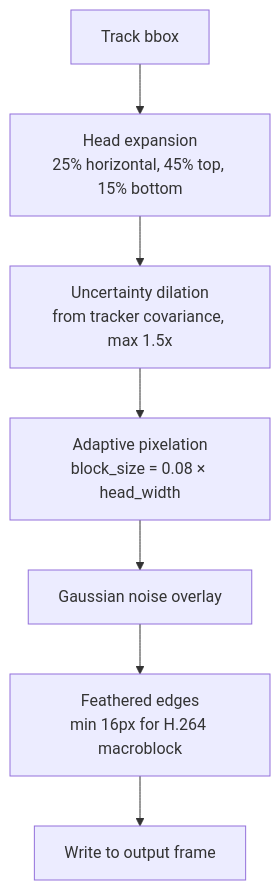
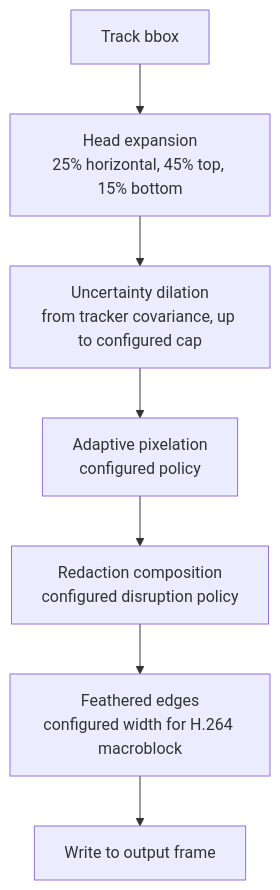
Before and after one commit to aditya-21a/pixelVeil: the eighth of 10 diagrams in docs/architecture-diagrams.md, drawn with Mermaid. The commit also changed other lines of this file and 5 other files, not shown here.

First line of the commit message:
docs: finalize architecture lock and roadmap cleanup

````diff
--- a/docs/architecture-diagrams.md
+++ b/docs/architecture-diagrams.md
@@ -150,9 +150,9 @@
 ```mermaid
 graph TD
     A[Track bbox] --> B[Head expansion<br>25% horizontal, 45% top, 15% bottom]
-    B --> C[Uncertainty dilation<br>from tracker covariance, max 1.5x]
-    C --> D[Adaptive pixelation<br>block_size = 0.08 × head_width]
-    D --> E[Gaussian noise overlay]
-    E --> F[Feathered edges<br>min 16px for H.264 macroblock]
+    B --> C[Uncertainty dilation<br>from tracker covariance, up to configured cap]
+    C --> D[Adaptive pixelation<br>configured policy]
+    D --> E[Redaction composition<br>configured disruption policy]
+    E --> F[Feathered edges<br>configured width for H.264 macroblock]
     F --> G[Write to output frame]
 ```
````
